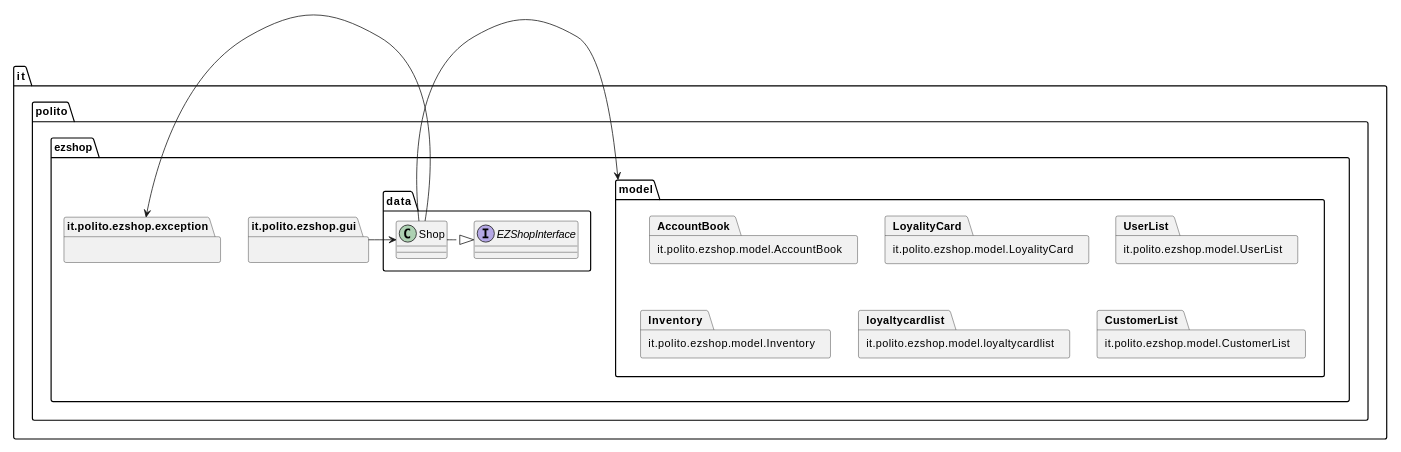
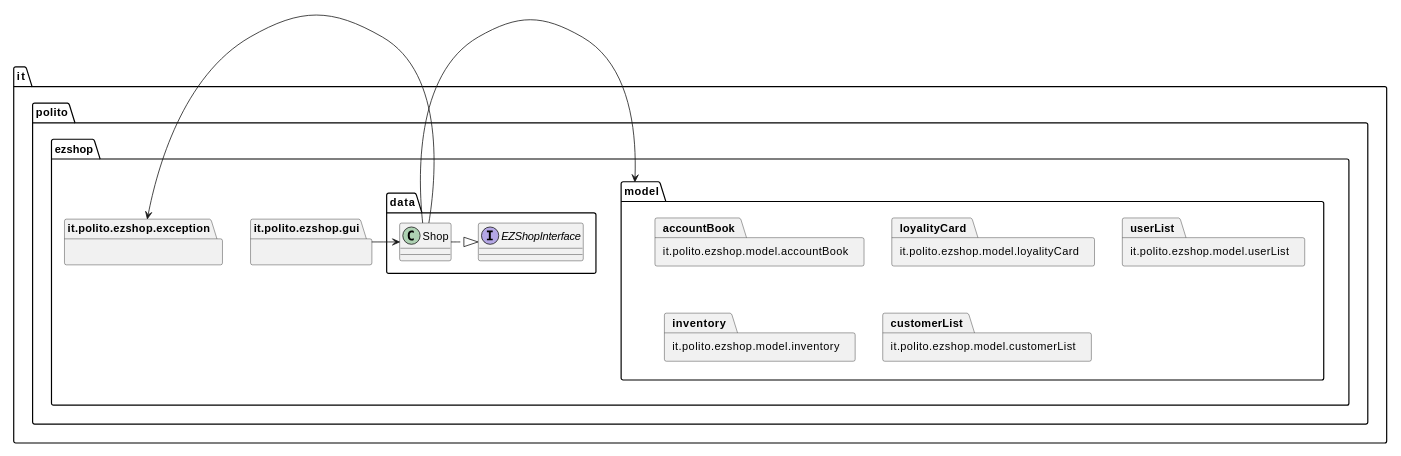
The first of 22 diagrams in Deliverables/DesignDocument.md (mkexc/ezshop), drawn with PlantUML before and after one commit. The commit also changed other lines of this file and 9 other files, not shown here.

````diff
--- a/Deliverables/DesignDocument.md
+++ b/Deliverables/DesignDocument.md
@@ -25,32 +22,31 @@
 ```plantuml
 @startuml
 scale 1024 width
 top to bottom direction
 allow_mixing
 
 package it.polito.ezshop {
     package it.polito.ezshop.gui {}
     
     package it.polito.ezshop.exception {}
     
     package it.polito.ezshop.model {
-        package it.polito.ezshop.model.AccountBook
-        package it.polito.ezshop.model.LoyalityCard
-        package it.polito.ezshop.model.UserList
-        package it.polito.ezshop.model.Inventory
-        package it.polito.ezshop.model.loyaltycardlist
-        package it.polito.ezshop.model.CustomerList
+        package it.polito.ezshop.model.accountBook
+        package it.polito.ezshop.model.loyalityCard
+        package it.polito.ezshop.model.userList
+        package it.polito.ezshop.model.inventory
+        package it.polito.ezshop.model.customerList
     }
 
     package it.polito.ezshop.data {
         interface it.polito.ezshop.data.EZShopInterface
         class it.polito.ezshop.data.Shop
     }
 }
 
 it.polito.ezshop.data.Shop .|> it.polito.ezshop.data.EZShopInterface
 it.polito.ezshop.model <- it.polito.ezshop.data.Shop
 it.polito.ezshop.data.Shop <- it.polito.ezshop.gui
 it.polito.ezshop.exception <- it.polito.ezshop.data.Shop
 @enduml
 ```
````
